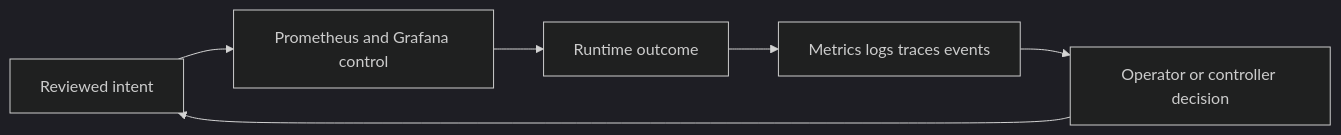
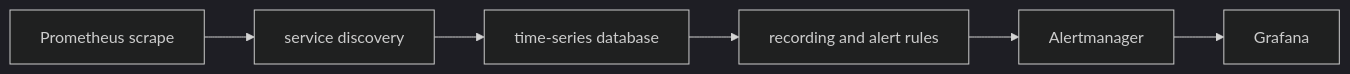
One commit to m1mohamad/devops-sre-prep changed the diagram in docs/study/observability/02-prometheus-and-grafana.md. Above: the diagram before and after it, drawn with Mermaid (dark theme). The commit also changed other lines of this file and 61 other files, not shown here.

Commit message:
Replace generic architecture and study templates

````diff
--- a/docs/study/observability/02-prometheus-and-grafana.md
+++ b/docs/study/observability/02-prometheus-and-grafana.md
@@ -20,8 +15,4 @@
 ```mermaid
 flowchart LR
-  Intent[Reviewed intent] --> Control[Prometheus and Grafana control]
-  Control --> Runtime[Runtime outcome]
-  Runtime --> Signals[Metrics logs traces events]
-  Signals --> Decision[Operator or controller decision]
-  Decision --> Intent
+  N0[Prometheus scrape] --> N1[service discovery] --> N2[time-series database] --> N3[recording and alert rules] --> N4[Alertmanager] --> N5[Grafana]
 ```
````
